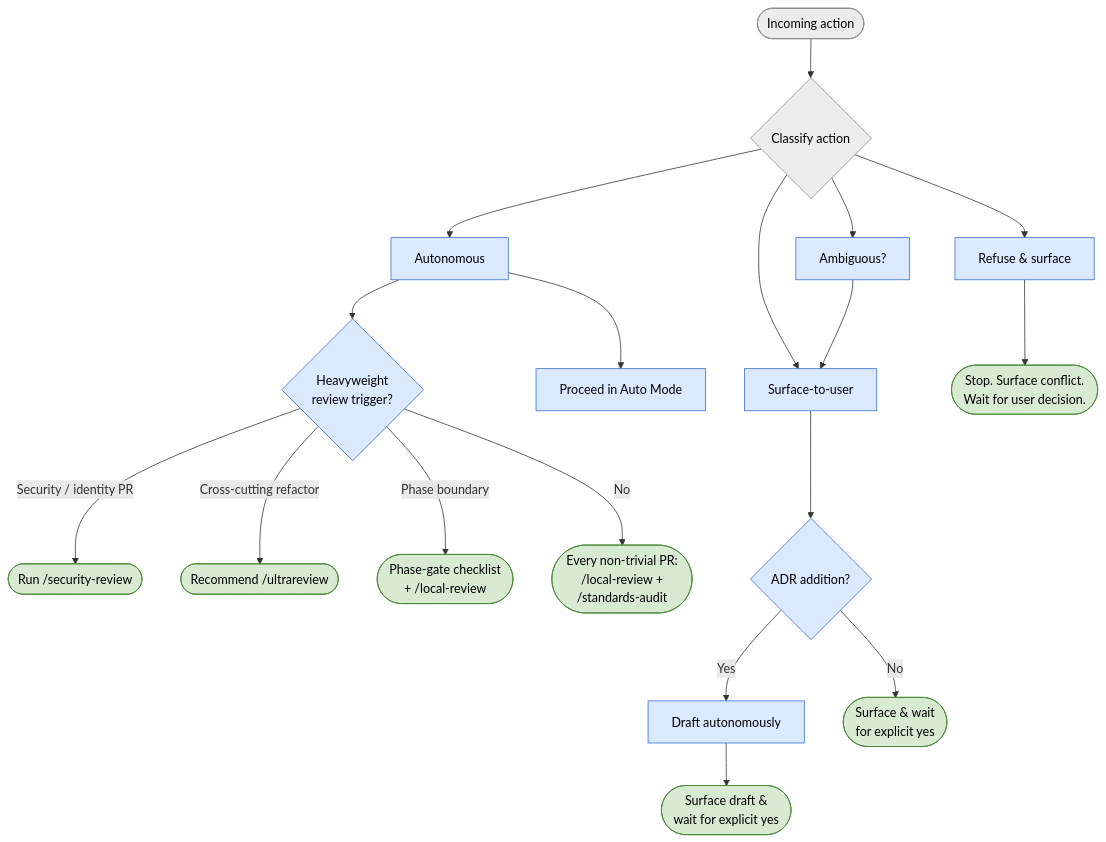
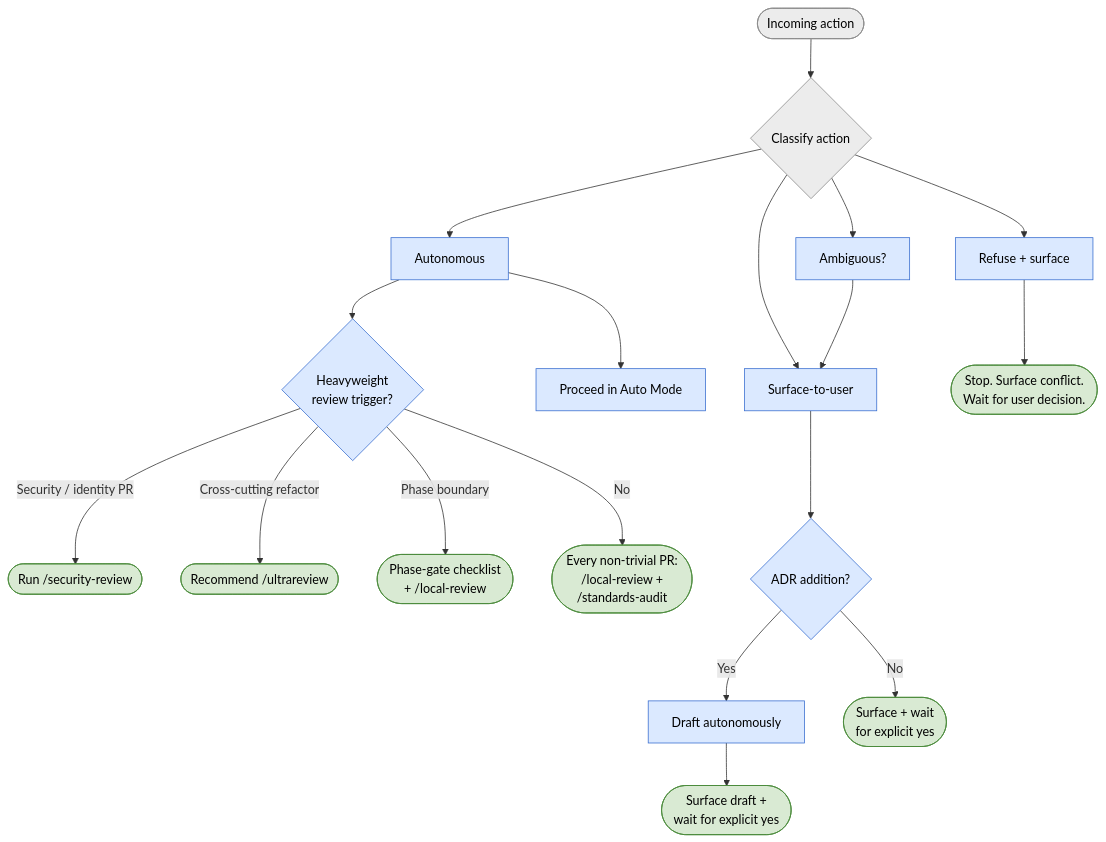
One commit to Early-Bird-Solutions-LLC/PinballWizard changed the diagram in docs/guardrails.md. Above: the diagram before and after it, drawn with Mermaid. The commit also changed 7 other files, not shown here.

First line of the commit message:
docs(diagrams) short single-line labels + drop &amp; to stop renderer truncation (#601)

````diff
--- a/docs/guardrails.md
+++ b/docs/guardrails.md
@@ -85,33 +85,33 @@
 ```mermaid
 flowchart TD
     A([Incoming action]) --> B{Classify action}
 
     B --> C[Autonomous]
     B --> D[Surface-to-user]
-    B --> E["Refuse &amp; surface"]
+    B --> E["Refuse + surface"]
     B --> F[Ambiguous?]
 
     F --> D
 
     C --> C1[Proceed in Auto Mode]
     C --> C2{Heavyweight<br/>review trigger?}
     C2 -- Security / identity PR --> C3([Run /security-review])
     C2 -- Cross-cutting refactor --> C4([Recommend /ultrareview])
     C2 -- Phase boundary --> C5([Phase-gate checklist<br/>+ /local-review])
     C2 -- No --> C6([Every non-trivial PR:<br/>/local-review +<br/>/standards-audit])
 
     D --> D1{ADR addition?}
     D1 -- Yes --> D2[Draft autonomously]
-    D2 --> D3([Surface draft &amp;<br/>wait for explicit yes])
-    D1 -- No --> D4([Surface &amp; wait<br/>for explicit yes])
+    D2 --> D3([Surface draft +<br/>wait for explicit yes])
+    D1 -- No --> D4([Surface + wait<br/>for explicit yes])
 
     E --> E5([Stop. Surface conflict.<br/>Wait for user decision.])
 
     classDef svc fill:#dbe9ff,stroke:#3a6fd0,color:#000
     classDef gov fill:#d9ead3,stroke:#4a8a3a,color:#000
     classDef data fill:#ececec,stroke:#8a8a8a,color:#000
 
     class C,C1,C2,D,D1,D2,E,F svc
     class C3,C4,C5,C6,D3,D4,E5 gov
     class A,B data
 ```
````
